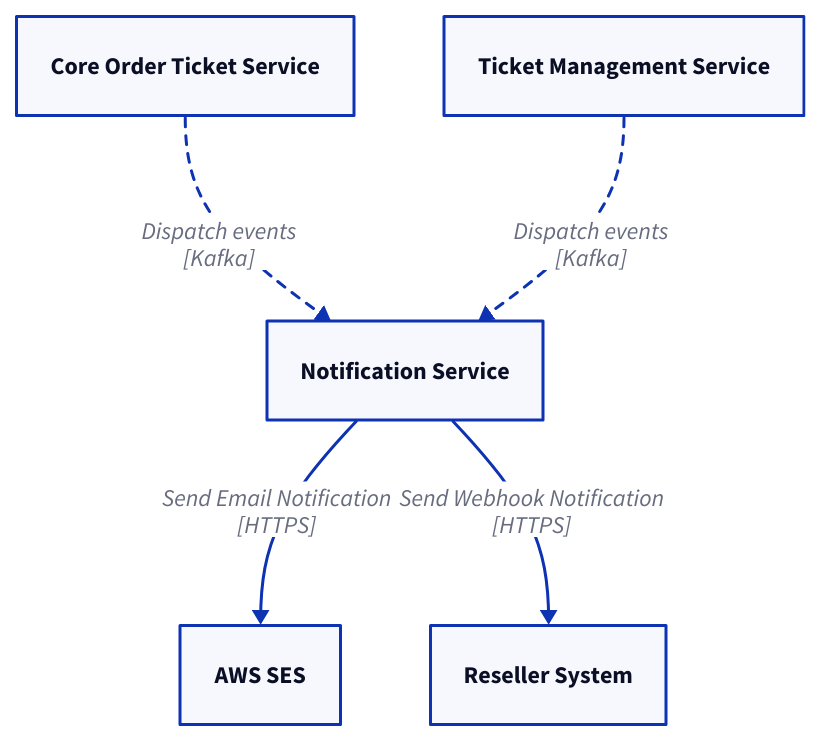
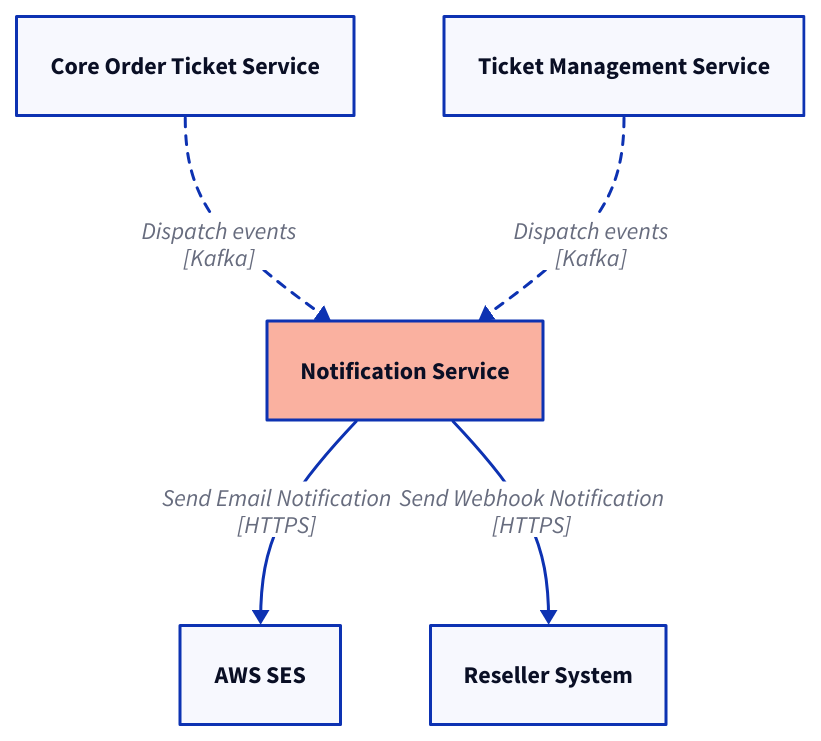
One commit to pramindanata/architecture-katas changed the diagram in kata/ticket-to-serve/asset/notification-service-architecture.d2. Above: the diagram before and after it, drawn with D2. The commit also changed 7 other files, not shown here.

Commit message:
modify some diagrams

```diff
--- a/kata/ticket-to-serve/asset/notification-service-architecture.d2
+++ b/kata/ticket-to-serve/asset/notification-service-architecture.d2
@@ -1,16 +1,19 @@
-notificationService: Notification Service
+notificationService: {
+  label: Notification Service
+  style.fill: "#fab1a0"
+}
 coreOrderService: Core Order Ticket Service
 ticketManagementService: Ticket Management Service
 ses: AWS SES
 resellerSystem: Reseller System
 
 coreOrderService -> notificationService: {
   label: "Dispatch events\n[Kafka]"
   style.stroke-dash: 3
 }
 ticketManagementService -> notificationService: {
   label: "Dispatch events\n[Kafka]"
   style.stroke-dash: 3
 }
 notificationService -> ses: "Send Email Notification\n[HTTPS]"
 notificationService -> resellerSystem: "Send Webhook Notification\n[HTTPS]"
```
